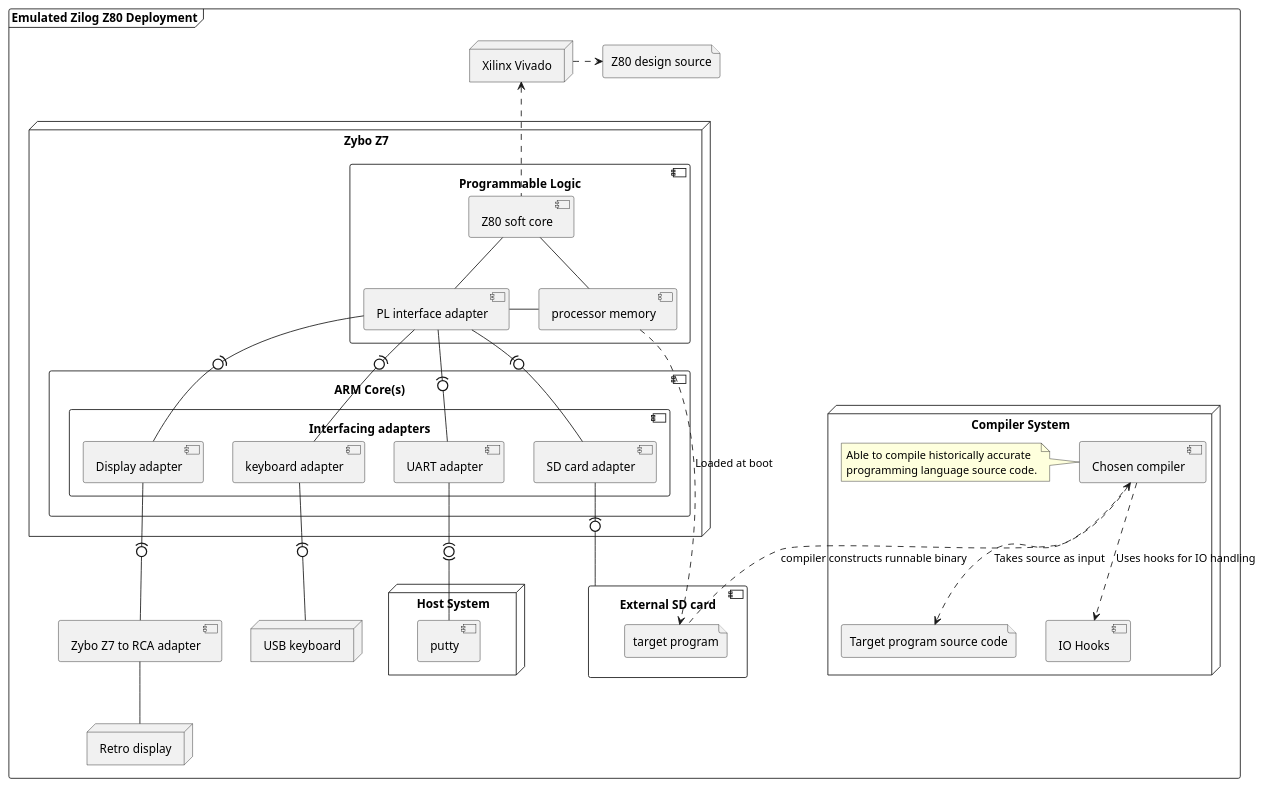
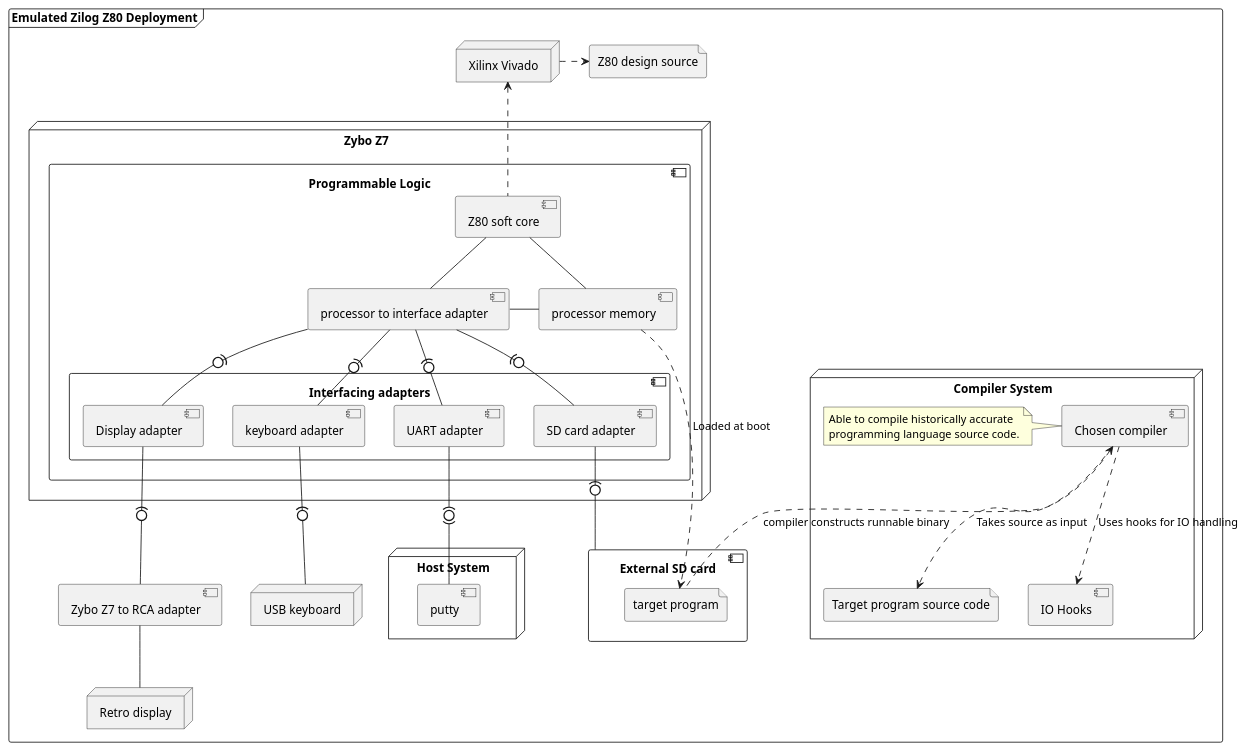
The diagram in src/pdd/system-architecture/top-architecture-v2.puml (waridh/capstone-diagrams), drawn with PlantUML before and after one commit.

Commit message:
updated the top diagram to not have arm core

```diff
--- a/src/pdd/system-architecture/top-architecture-v2.puml
+++ b/src/pdd/system-architecture/top-architecture-v2.puml
@@ -1,66 +1,63 @@
 @startuml
 frame "Emulated Zilog Z80 Deployment" {
         node "Zybo Z7"  {
-                component "ARM Core(s)" as arm_core
                 component "Programmable Logic" as fpga
-                component arm_core {
+                component fpga {
                         component "Interfacing adapters" as intf_adpt
                         component intf_adpt {
                                 component "Display adapter" as display_adpt
                                 component "keyboard adapter" as keyboard_adpt
                                 component "UART adapter" as uart_adpt
                                 component "SD card adapter" as sd_adpt
                                 display_adpt -[hidden] keyboard_adpt
                                 keyboard_adpt -[hidden] uart_adpt
                                 uart_adpt -[hidden] sd_adpt
                         }
-                }
-                component fpga {
-                        component "PL interface adapter" as pl_adpt
+                        component "processor to interface adapter" as pl_adpt
                         component "Z80 soft core" as z80_sc
                         component "processor memory" as pl_mem
                         z80_sc -- pl_adpt
                         z80_sc -- pl_mem
                         pl_adpt - pl_mem
                 }
                 pl_adpt -(0- display_adpt
                 pl_adpt -(0- sd_adpt
                 pl_adpt -(0- keyboard_adpt
                 pl_adpt -(0- uart_adpt
         }
         node "Compiler System" {
                 file "Target program source code" as program_source
                 component "Chosen compiler" as compiler
                 note left of compiler
                         Able to compile historically accurate
                         programming language source code.
                 end note
                 component "IO Hooks" as hooks
 
                 compiler ..> program_source : Takes source as input
                 compiler ..> hooks : Uses hooks for IO handling
         }
         node "Host System" {
              component putty
         }
         component "External SD card" as sd_card
         component sd_card {
                         file "target program" as program
         }
         node "Xilinx Vivado" as vivado
         file "Z80 design source" as z80_src
         node "USB keyboard" as keyboard
         component "Zybo Z7 to RCA adapter" as rca_adpt
         node "Retro display" as display
 
         vivado <.. z80_sc
         vivado .> z80_src
         keyboard_adpt -(0- keyboard
         display_adpt -(0- rca_adpt
         sd_adpt -(0- sd_card
         rca_adpt -- display
         pl_mem ..> program : Loaded at boot
         compiler <.. program : compiler constructs runnable binary
         uart_adpt -(0)- putty
 }
 @enduml
```
